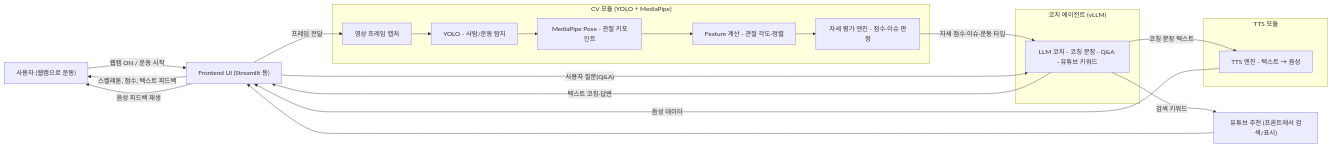
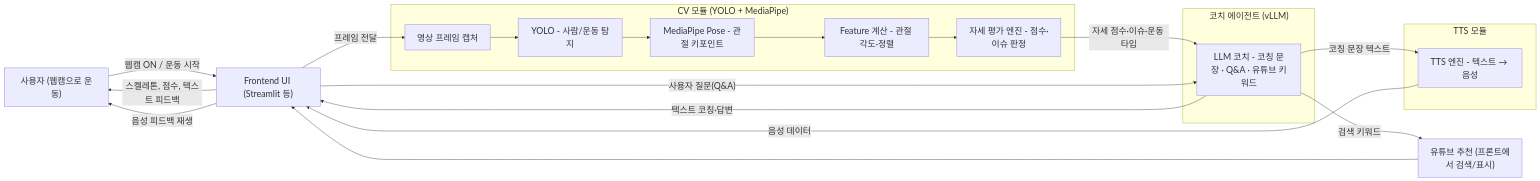
The diagram in README.md (KSLNOVA/ai01-2nd-2team-KSLNOVA), drawn with Mermaid before and after one commit.

Commit message:
Add Mermaid configuration for improved diagram styling in README

````diff
--- a/README.md
+++ b/README.md
@@ -206,43 +206,44 @@
 ```mermaid
+%%{init: {'themeVariables': { 'fontSize': '22px' }, 'flowchart': { 'nodeSpacing': 50, 'rankSpacing': 70 }}}%%
 flowchart LR
 
     %% ==== Frontend / User ====
     U["사용자 (웹캠으로 운동)"] -->|"웹캠 ON / 운동 시작"| UI["Frontend UI (Streamlit 등)"]
 
     %% ==== CV 모듈 ====
     subgraph CVM["CV 모듈 (YOLO + MediaPipe)"]
         CAM["영상 프레임 캡처"]
         YOLO["YOLO - 사람/운동 탐지"]
         MP["MediaPipe Pose - 관절 키포인트"]
         FEAT["Feature 계산 - 관절 각도·정렬"]
         EVAL["자세 평가 엔진 - 점수·이슈 판정"]
     end
 
     UI -->|"프레임 전달"| CAM
     CAM --> YOLO --> MP --> FEAT --> EVAL
 
     %% ==== LLM 코치 에이전트 ====
     subgraph LLMAG["코치 에이전트 (vLLM)"]
         LLM["LLM 코치 - 코칭 문장 · Q&A · 유튜브 키워드"]
     end
 
     EVAL -->|"자세 점수·이슈·운동 타입"| LLM
     UI -->|"사용자 질문(Q&A)"| LLM
     LLM -->|"텍스트 코칭·답변"| UI
 
     %% ==== 유튜브 추천 ====
     LLM -->|"검색 키워드"| YT["유튜브 추천 (프론트에서 검색/표시)"]
     YT --> UI
 
     %% ==== TTS 모듈 ====
     subgraph TTSM["TTS 모듈"]
         TTS["TTS 엔진 - 텍스트 → 음성"]
     end
 
     LLM -->|"코칭 문장 텍스트"| TTS
     TTS -->|"음성 데이터"| UI
 
     %% ==== 최종 피드백 ====
     UI -->|"스켈레톤, 점수, 텍스트 피드백"| U
     UI -->|"음성 피드백 재생"| U
 ```
````
